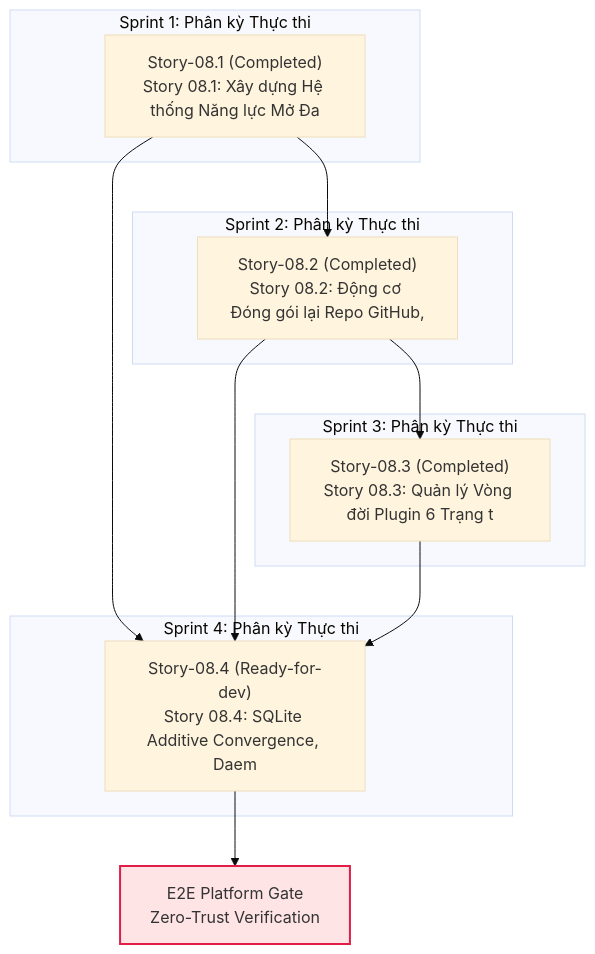
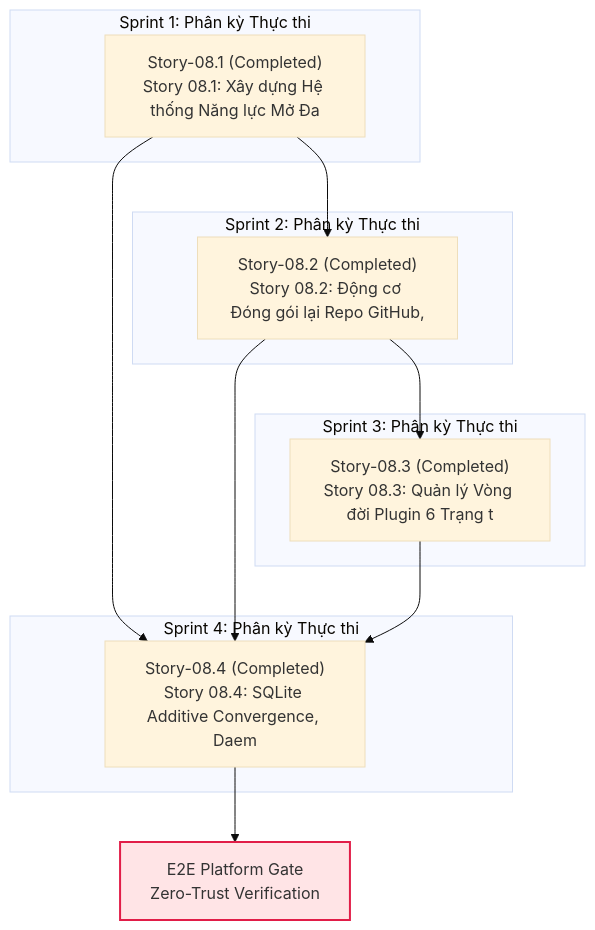
One commit to Nam123321/cowok-design changed the diagram in _iwish-output/3. Development/1. Epic & Story/VS-04. agentskills.io Plugin Ecosystem, Design-Only REA Forge & JEV — TypeSafe/Epic-08/epic.md. Above: the diagram before and after it, drawn with Mermaid (base theme). The commit also changed other lines of this file and 97 other files, not shown here.

Commit message:
feat(epic-08): complete Story 08.4 SQLite V9, HUMAN_ONLY auth, cron sync & LEARN UI

````diff
--- a/_iwish-output/3. Development/1. Epic & Story/VS-04. agentskills.io Plugin Ecosystem, Design-Only REA Forge & JEV — TypeSafe/Epic-08/epic.md
+++ b/_iwish-output/3. Development/1. Epic & Story/VS-04. agentskills.io Plugin Ecosystem, Design-Only REA Forge & JEV — TypeSafe/Epic-08/epic.md
@@ -98,32 +98,32 @@
 ```mermaid
 flowchart TD
     subgraph S1["Sprint 1: Phân kỳ Thực thi"]
         Story_08_1["Story-08.1 (Completed)<br>Story 08.1: Xây dựng Hệ thống Năng lực Mở Đa "]
     end
 
     subgraph S2["Sprint 2: Phân kỳ Thực thi"]
         Story_08_2["Story-08.2 (Completed)<br>Story 08.2: Động cơ Đóng gói lại Repo GitHub,"]
     end
 
     subgraph S3["Sprint 3: Phân kỳ Thực thi"]
         Story_08_3["Story-08.3 (Completed)<br>Story 08.3: Quản lý Vòng đời Plugin 6 Trạng t"]
     end
 
     subgraph S4["Sprint 4: Phân kỳ Thực thi"]
-        Story_08_4["Story-08.4 (Ready-for-dev)<br>Story 08.4: SQLite Additive Convergence, Daem"]
+        Story_08_4["Story-08.4 (Completed)<br>Story 08.4: SQLite Additive Convergence, Daem"]
     end
 
     E2E_GATE["E2E Platform Gate<br>Zero-Trust Verification"]
     Story_08_1 --> Story_08_2
     Story_08_2 --> Story_08_3
     Story_08_1 --> Story_08_4
     Story_08_2 --> Story_08_4
     Story_08_3 --> Story_08_4
     Story_08_4 --> E2E_GATE
 
     classDef completed fill:#dcfce7,stroke:#16a34a,stroke-width:2px;
     classDef refactored fill:#fef3c7,stroke:#d97706,stroke-width:2px;
     classDef backlog fill:#f1f5f9,stroke:#64748b,stroke-width:2px;
     classDef gate fill:#ffe4e6,stroke:#e11d48,stroke-width:2px;
     class E2E_GATE gate;
 ```
````
